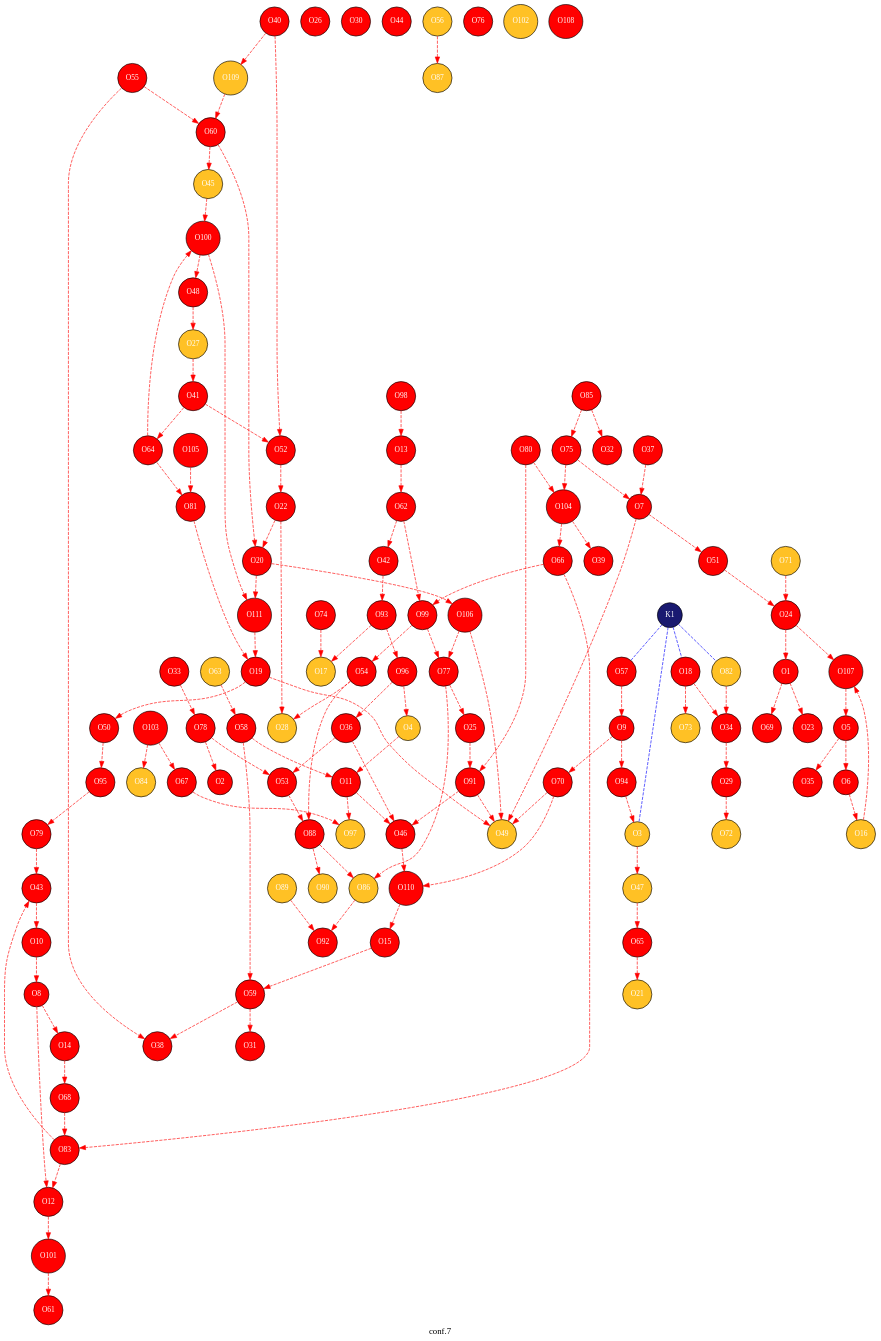
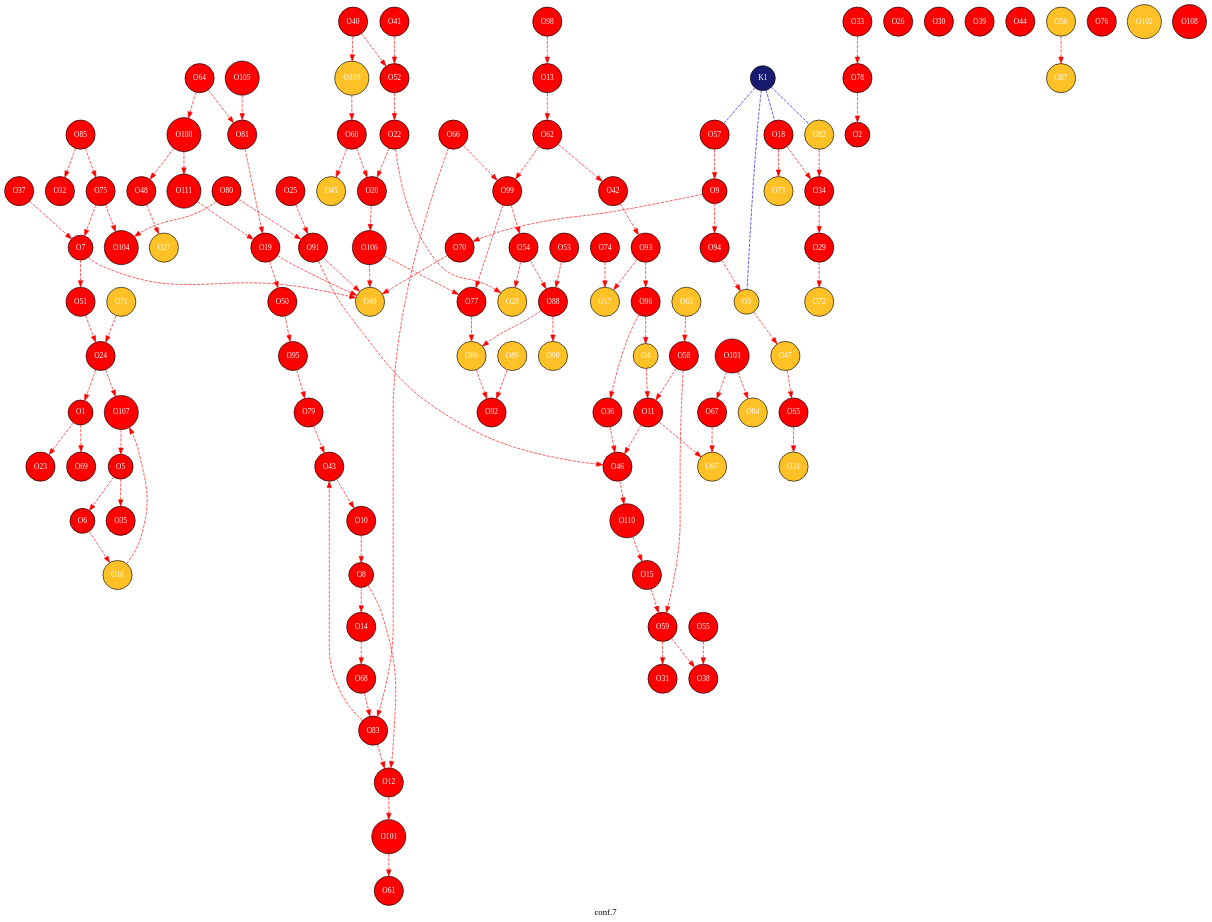
Before and after one commit to JelleLagerweij/short_test: the diagram in 4-GATeWAY/copy_4/traj/traj_conf.gv, drawn with Graphviz. The commit also changed 217 other files, not shown here.

```diff
--- a/4-GATeWAY/copy_4/traj/traj_conf.gv
+++ b/4-GATeWAY/copy_4/traj/traj_conf.gv
@@ -160,16 +160,13 @@
 "O22"->"O20"[fontcolor=red, color=red , style=dashed];
 "O60"->"O20"[fontcolor=red, color=red , style=dashed];
 "O20"->"O106"[fontcolor=red, color=red , style=dashed];
-"O20"->"O111"[fontcolor=red, color=red , style=dashed];
 "O65"->"O21"[fontcolor=red, color=red , style=dashed];
 "O22"->"O28"[fontcolor=red, color=red , style=dashed];
 "O52"->"O22"[fontcolor=red, color=red , style=dashed];
 "O51"->"O24"[fontcolor=red, color=red , style=dashed];
 "O71"->"O24"[fontcolor=red, color=red , style=dashed];
 "O24"->"O107"[fontcolor=red, color=red , style=dashed];
-"O77"->"O25"[fontcolor=red, color=red , style=dashed];
 "O25"->"O91"[fontcolor=red, color=red , style=dashed];
-"O27"->"O41"[fontcolor=red, color=red , style=dashed];
 "O48"->"O27"[fontcolor=red, color=red , style=dashed];
 "O54"->"O28"[fontcolor=red, color=red , style=dashed];
 "O34"->"O29"[fontcolor=red, color=red , style=dashed];
@@ -179,21 +176,17 @@
 "O33"->"O78"[fontcolor=red, color=red , style=dashed];
 "O82"->"O34"[fontcolor=red, color=red , style=dashed];
 "O36"->"O46"[fontcolor=red, color=red , style=dashed];
-"O36"->"O53"[fontcolor=red, color=red , style=dashed];
 "O96"->"O36"[fontcolor=red, color=red , style=dashed];
 "O55"->"O38"[fontcolor=red, color=red , style=dashed];
 "O59"->"O38"[fontcolor=red, color=red , style=dashed];
-"O104"->"O39"[fontcolor=red, color=red , style=dashed];
 "O40"->"O52"[fontcolor=red, color=red , style=dashed];
 "O40"->"O109"[fontcolor=red, color=red , style=dashed];
 "O41"->"O52"[fontcolor=red, color=red , style=dashed];
-"O41"->"O64"[fontcolor=red, color=red , style=dashed];
 "O62"->"O42"[fontcolor=red, color=red , style=dashed];
 "O42"->"O93"[fontcolor=red, color=red , style=dashed];
 "O79"->"O43"[fontcolor=red, color=red , style=dashed];
 "O83"->"O43"[fontcolor=red, color=red , style=dashed];
 "O60"->"O45"[fontcolor=red, color=red , style=dashed];
-"O45"->"O100"[fontcolor=red, color=red , style=dashed];
 "O91"->"O46"[fontcolor=red, color=red , style=dashed];
 "O46"->"O110"[fontcolor=red, color=red , style=dashed];
 "O47"->"O65"[fontcolor=red, color=red , style=dashed];
@@ -202,11 +195,9 @@
 "O91"->"O49"[fontcolor=red, color=red , style=dashed];
 "O106"->"O49"[fontcolor=red, color=red , style=dashed];
 "O50"->"O95"[fontcolor=red, color=red , style=dashed];
-"O78"->"O53"[fontcolor=red, color=red , style=dashed];
 "O53"->"O88"[fontcolor=red, color=red , style=dashed];
 "O54"->"O88"[fontcolor=red, color=red , style=dashed];
 "O99"->"O54"[fontcolor=red, color=red , style=dashed];
-"O55"->"O60"[fontcolor=red, color=red , style=dashed];
 "O56"->"O87"[fontcolor=red, color=red , style=dashed];
 "O58"->"O59"[fontcolor=red, color=red , style=dashed];
 "O63"->"O58"[fontcolor=red, color=red , style=dashed];
@@ -217,11 +208,9 @@
 "O64"->"O100"[fontcolor=red, color=red , style=dashed];
 "O66"->"O83"[fontcolor=red, color=red , style=dashed];
 "O66"->"O99"[fontcolor=red, color=red , style=dashed];
-"O104"->"O66"[fontcolor=red, color=red , style=dashed];
 "O67"->"O97"[fontcolor=red, color=red , style=dashed];
 "O103"->"O67"[fontcolor=red, color=red , style=dashed];
 "O68"->"O83"[fontcolor=red, color=red , style=dashed];
-"O70"->"O110"[fontcolor=red, color=red , style=dashed];
 "O85"->"O75"[fontcolor=red, color=red , style=dashed];
 "O75"->"O104"[fontcolor=red, color=red , style=dashed];
 "O77"->"O86"[fontcolor=red, color=red , style=dashed];
```
